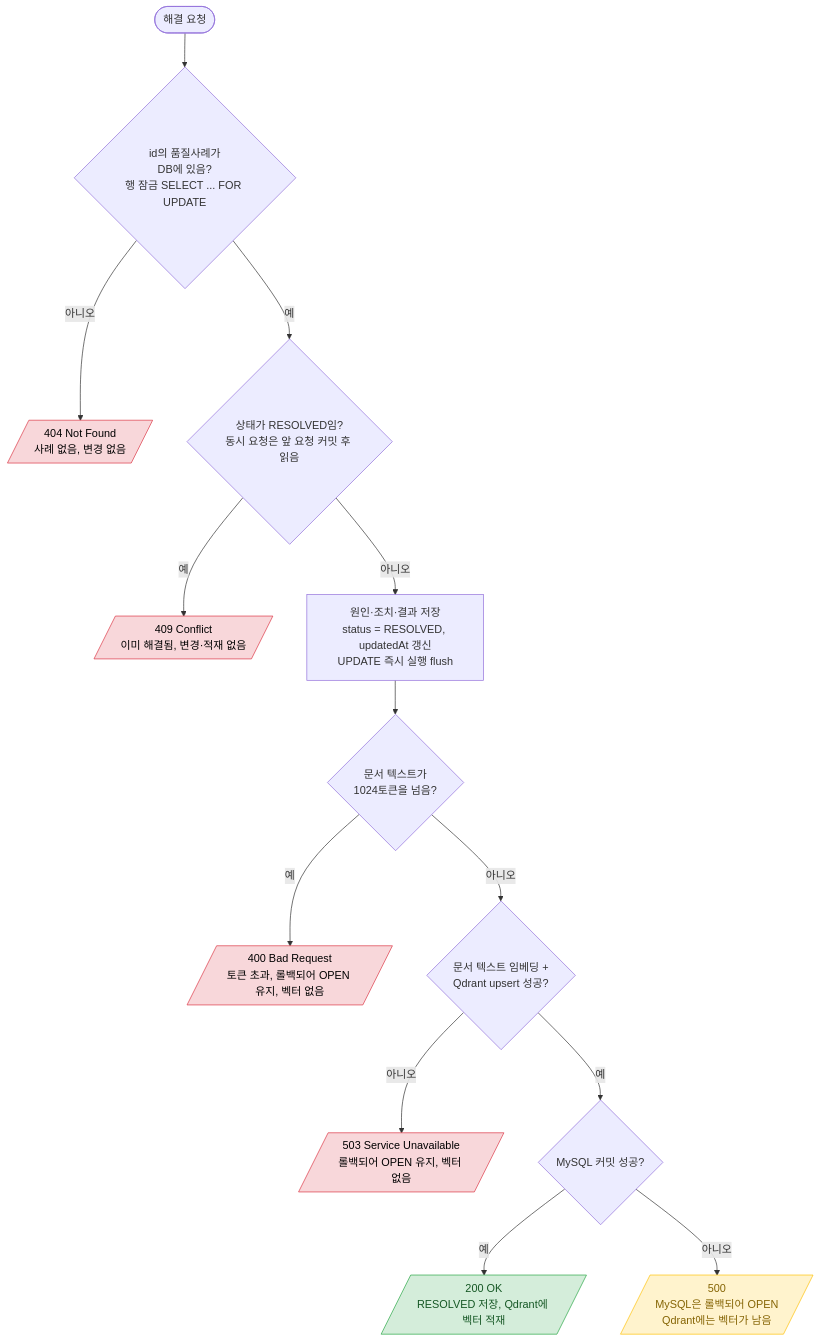
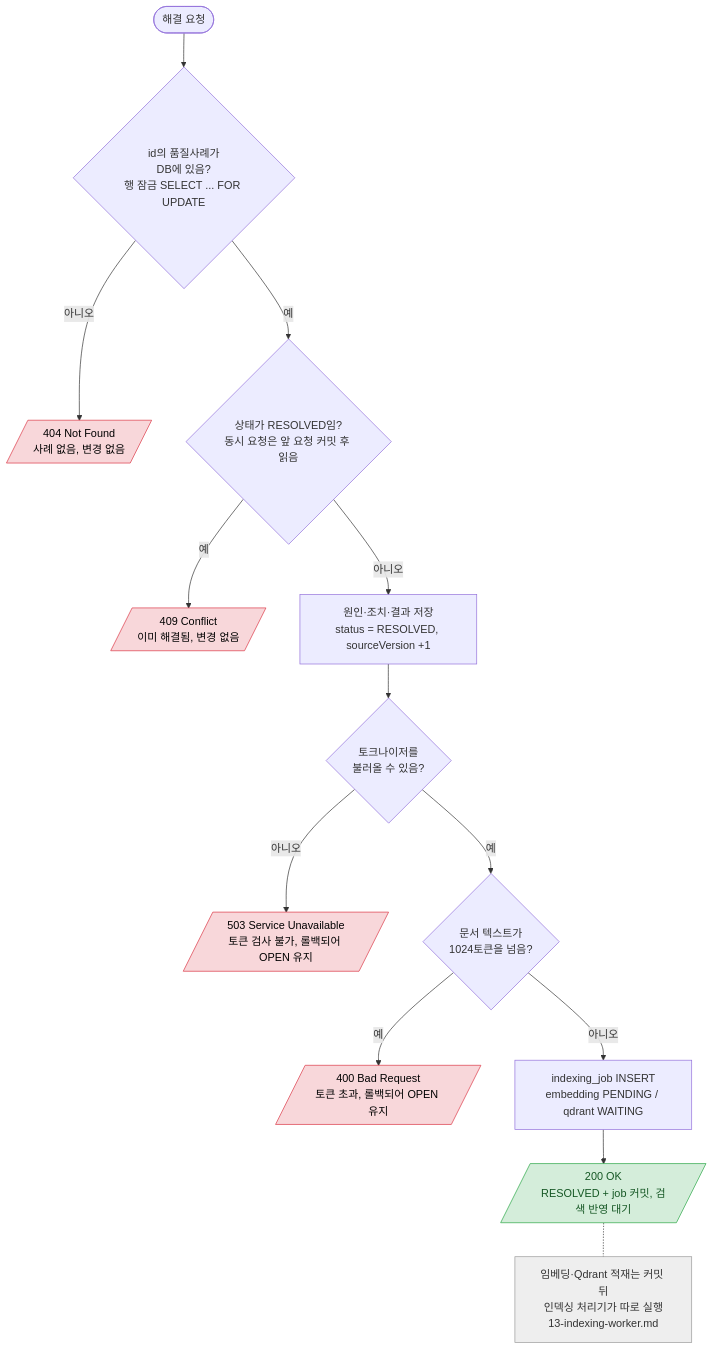
Before and after one commit to Gaktsu/side_proejct1: the diagram in project/diagrams/11-quality-case-resolve.md, drawn with Mermaid. The commit also changed other lines of this file and 48 other files, not shown here.

First line of the commit message:
LLD 1: resolve 비동기 인덱싱(indexing_job + 단일 스레드 처리기) + RESOLVED 수정 이력

````diff
--- a/project/diagrams/11-quality-case-resolve.md
+++ b/project/diagrams/11-quality-case-resolve.md
@@ -5,22 +5,22 @@
 ```mermaid
 flowchart TD
     A([해결 요청]) --> B{id의 품질사례가<br/>DB에 있음?<br/>행 잠금 SELECT ... FOR UPDATE}
     B -- 아니오 --> R404[/404 Not Found<br/>사례 없음, 변경 없음/]
     B -- 예 --> C{상태가 RESOLVED임?<br/>동시 요청은 앞 요청 커밋 후 읽음}
-    C -- 예 --> R409[/409 Conflict<br/>이미 해결됨, 변경·적재 없음/]
-    C -- 아니오 --> D[원인·조치·결과 저장<br/>status = RESOLVED, updatedAt 갱신<br/>UPDATE 즉시 실행 flush]
-    D --> T{문서 텍스트가<br/>1024토큰을 넘음?}
-    T -- 예 --> R400[/400 Bad Request<br/>토큰 초과, 롤백되어 OPEN 유지, 벡터 없음/]
-    T -- 아니오 --> E{문서 텍스트 임베딩 +<br/>Qdrant upsert 성공?}
-    E -- 아니오 --> R503[/503 Service Unavailable<br/>롤백되어 OPEN 유지, 벡터 없음/]
-    E -- 예 --> F{MySQL 커밋 성공?}
-    F -- 예 --> R200[/200 OK<br/>RESOLVED 저장, Qdrant에 벡터 적재/]
-    F -- 아니오 --> R500[/500<br/>MySQL은 롤백되어 OPEN<br/>Qdrant에는 벡터가 남음/]
+    C -- 예 --> R409[/409 Conflict<br/>이미 해결됨, 변경 없음/]
+    C -- 아니오 --> D[원인·조치·결과 저장<br/>status = RESOLVED, sourceVersion +1]
+    D --> T{토크나이저를<br/>불러올 수 있음?}
+    T -- 아니오 --> R503[/503 Service Unavailable<br/>토큰 검사 불가, 롤백되어 OPEN 유지/]
+    T -- 예 --> T2{문서 텍스트가<br/>1024토큰을 넘음?}
+    T2 -- 예 --> R400[/400 Bad Request<br/>토큰 초과, 롤백되어 OPEN 유지/]
+    T2 -- 아니오 --> E[indexing_job INSERT<br/>embedding PENDING / qdrant WAITING]
+    E --> R200[/200 OK<br/>RESOLVED + job 커밋, 검색 반영 대기/]
+    R200 -.- N[임베딩·Qdrant 적재는 커밋 뒤<br/>인덱싱 처리기가 따로 실행<br/>13-indexing-worker.md]
 
     classDef ok fill:#d4edda,stroke:#28a745,color:#155724
     classDef fail fill:#f8d7da,stroke:#dc3545,color:#000000
-    classDef bug fill:#fff3cd,stroke:#ffc107,color:#856404
+    classDef note fill:#eeeeee,stroke:#999999,color:#333333
     class R200 ok
-    class R404,R409,R400,R503 fail
-    class R500 bug
+    class R404,R409,R503,R400 fail
+    class N note
 ```
````
